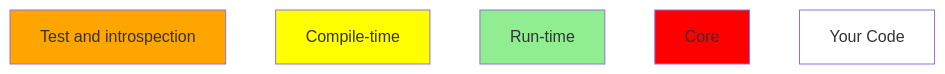
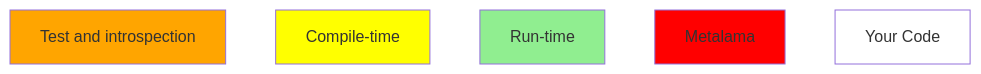
The first of 4 diagrams in conceptual/deployment/packages.md (postsharp/Metalama.Documentation), drawn with Mermaid before and after one commit. The commit also changed other lines of this file and 8 other files, not shown here.

````diff
--- a/conceptual/deployment/packages.md
+++ b/conceptual/deployment/packages.md
@@ -28,24 +28,24 @@
 ```mermaid
 graph TD
-  
+
     t[Test and introspection]
     class t testing
     classDef testing fill:orange;
-    
+
     c[Compile-time]
     class c compileTime
     classDef compileTime fill:yellow;
 
     r[Run-time]
     class r runTime
     classDef runTime fill:lightgreen;
 
     classDef framework fill:red;
-    f[Core]
+    f[Metalama]
     class f framework
 
     u[Your Code]
-    classDef userCode fill:white    
+    classDef userCode fill:white
     class u userCode
 
 ```
````
